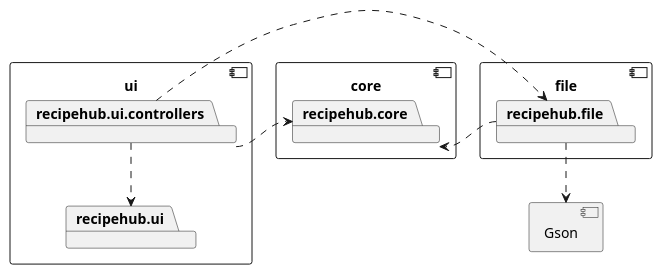
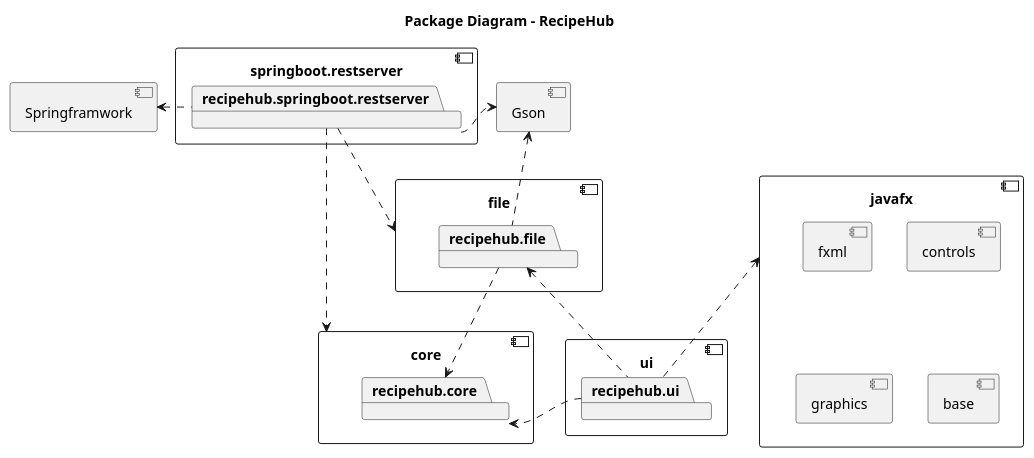
One commit to MortenMadsenLyngstad/RecipeHub changed the diagram in architecture/packageDiagram.puml. Above: the diagram before and after it, drawn with PlantUML. The commit also changed 54 other files, not shown here.

```diff
--- a/architecture/packageDiagram.puml
+++ b/architecture/packageDiagram.puml
@@ -1,25 +1,49 @@
 @startuml packageDiagram
 
-component "core" {
-    package "recipehub.core"
+title Package Diagram - RecipeHub
+
+component core {
+    package recipehub.core
 }
 
-component "file" {
-    package "recipehub.file"
+component file {
+    package recipehub.file
 }
 
-component "ui" {
-    package "recipehub.ui.controllers"
-    package "recipehub.ui"
+recipehub.file .right.> recipehub.core
+
+component ui {
+    package recipehub.ui
 }
 
-component Gson { 
+recipehub.ui .up.> recipehub.file
+recipehub.ui .right.> recipehub.core
+
+component springboot.restserver {
+    package recipehub.springboot.restserver
 }
 
-recipehub.ui.controllers .right.> recipehub.core
-recipehub.ui.controllers ..> recipehub.ui
-recipehub.ui.controllers .right.> recipehub.file
-recipehub.file .right.> recipehub.core
-recipehub.file ..> Gson
+recipehub.springboot.restserver ..right..> file
+recipehub.springboot.restserver .right.> Gson
+recipehub.springboot.restserver .down.> core
+
+component Gson {
+}
+
+recipehub.file .up.> Gson
+
+component Springframwork {
+}
+
+component javafx {
+    component fxml
+    component controls
+    component graphics
+    component base
+
+}
+
+recipehub.springboot.restserver .left.> Springframwork
+recipehub.ui .up.> javafx
 
 @enduml
```
